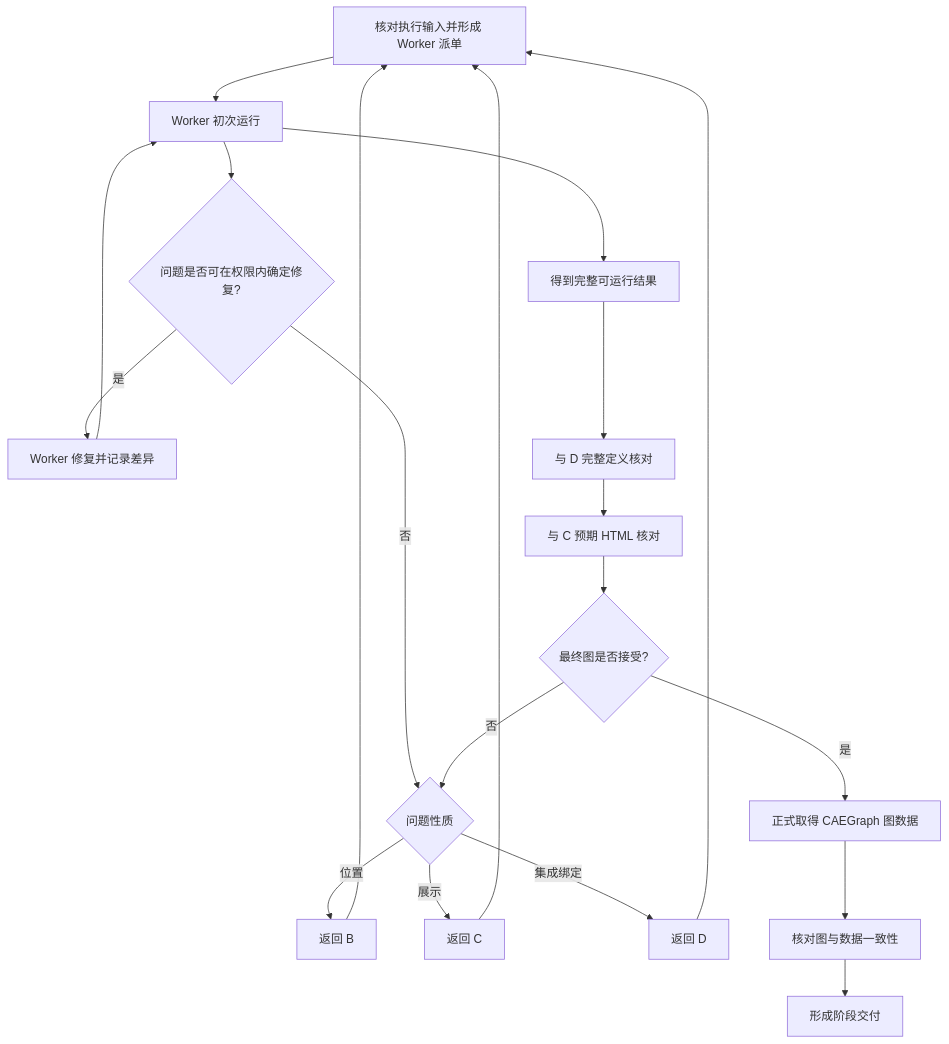
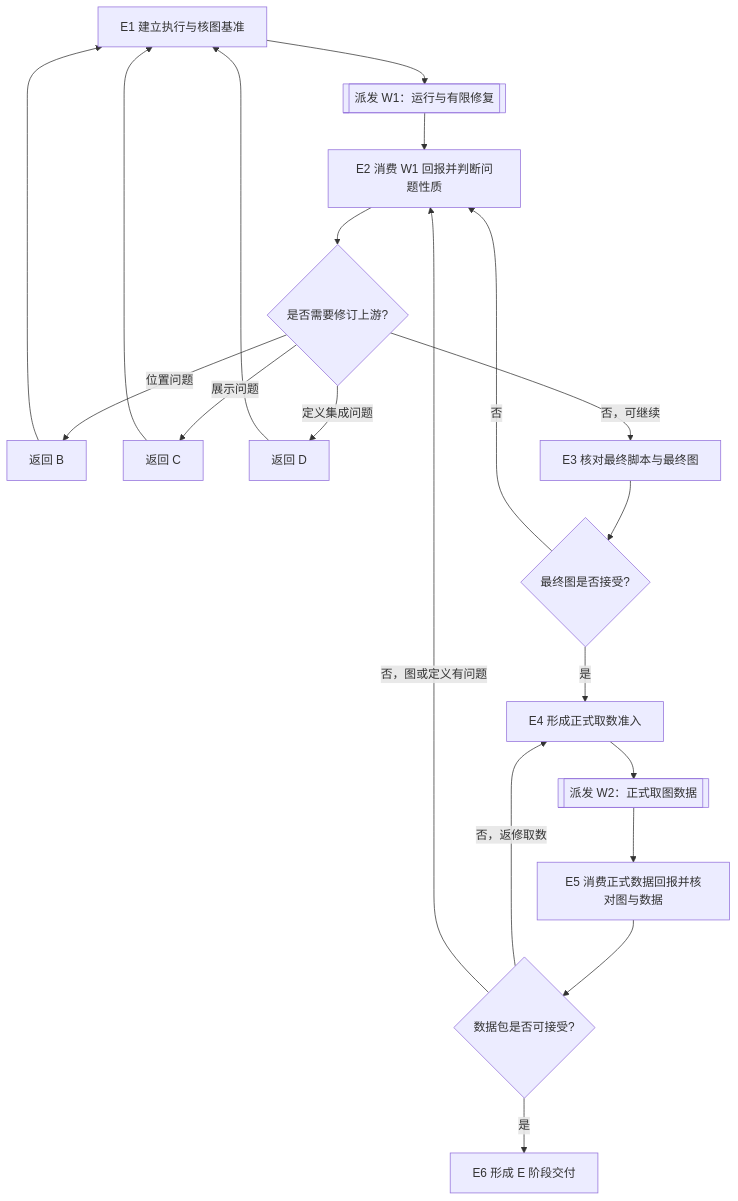
One commit to daowei2026/observe-iterate changed the diagram in skills/observation-material-preparation/caegraph-execution/WORKFLOW.md. Above: the diagram before and after it, drawn with Mermaid. The commit also changed other lines of this file, not shown here.

Commit message:
docs: rewrite E workflow as professional decision flow

````diff
--- a/skills/observation-material-preparation/caegraph-execution/WORKFLOW.md
+++ b/skills/observation-material-preparation/caegraph-execution/WORKFLOW.md
@@ -5,22 +7,22 @@
 ```mermaid
 flowchart TD
-  E1[核对执行输入并形成 Worker 派单] --> E2[Worker 初次运行]
-  E2 --> E3{问题是否可在权限内确定修复?}
-  E3 -- 是 --> E4[Worker 修复并记录差异]
-  E4 --> E2
-  E3 -- 否 --> E5{问题性质}
-  E5 -- 位置 --> B[返回 B]
-  E5 -- 展示 --> C[返回 C]
-  E5 -- 集成绑定 --> D[返回 D]
+  E1[E1 建立执行与核图基准] --> W1[[派发 W1：运行与有限修复]]
+  W1 --> E2[E2 消费 W1 回报并判断问题性质]
+  E2 --> X{是否需要修订上游?}
+  X -- 位置问题 --> B[返回 B]
+  X -- 展示问题 --> C[返回 C]
+  X -- 定义集成问题 --> D[返回 D]
   B --> E1
   C --> E1
   D --> E1
-  E2 --> E6[得到完整可运行结果]
-  E6 --> E7[与 D 完整定义核对]
-  E7 --> E8[与 C 预期 HTML 核对]
-  E8 --> E9{最终图是否接受?}
-  E9 -- 否 --> E5
-  E9 -- 是 --> E10[正式取得 CAEGraph 图数据]
-  E10 --> E11[核对图与数据一致性]
-  E11 --> E12[形成阶段交付]
+  X -- 否，可继续 --> E3[E3 核对最终脚本与最终图]
+  E3 --> Y{最终图是否接受?}
+  Y -- 否 --> E2
+  Y -- 是 --> E4[E4 形成正式取数准入]
+  E4 --> W2[[派发 W2：正式取图数据]]
+  W2 --> E5[E5 消费正式数据回报并核对图与数据]
+  E5 --> Z{数据包是否可接受?}
+  Z -- 否，返修取数 --> E4
+  Z -- 否，图或定义有问题 --> E2
+  Z -- 是 --> E6[E6 形成 E 阶段交付]
 ```
````
